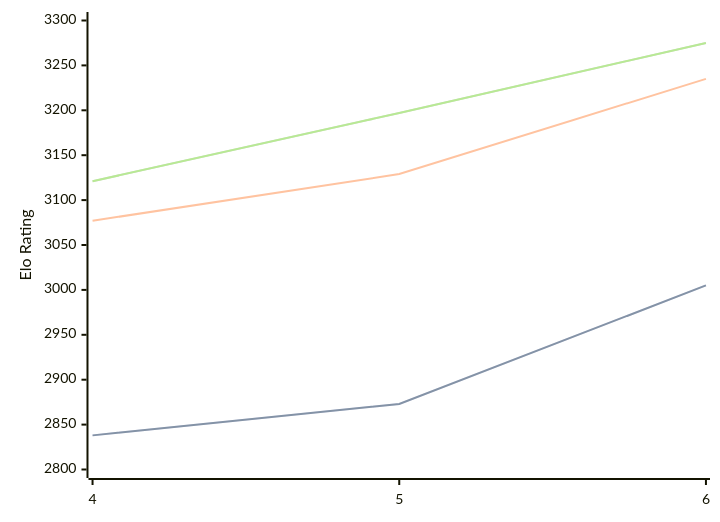
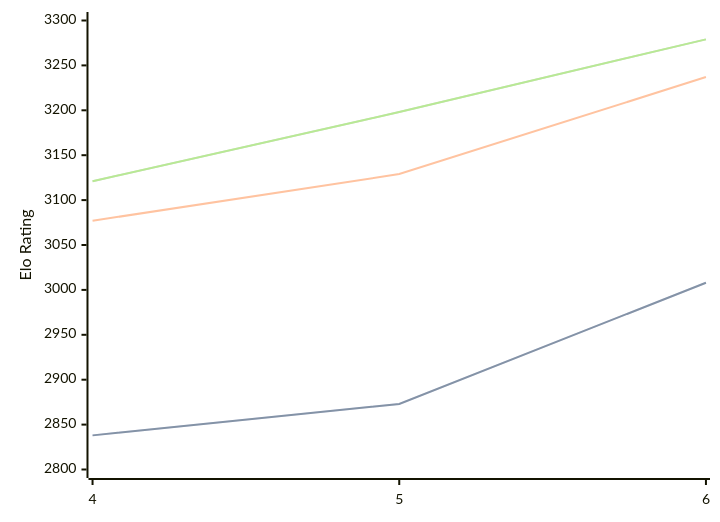
One commit to computer-chess-index/cci changed the diagram in engines/Cwtch.md. Above: the diagram before and after it, drawn with Mermaid. The commit also changed other lines of this file, not shown here.

Commit message:
Update CCI Ratings (ELO VLTC) - 2026-07-25

````diff
--- a/engines/Cwtch.md
+++ b/engines/Cwtch.md
@@ -36,11 +36,11 @@
 ```mermaid
 %%{init: {"theme":"base","themeVariables":{"seriesColors:['#a3a3a3','#222221','#faa371']}}}%%
 xychart-beta
   x-axis ["4", "5", "6"]
   y-axis "Elo Rating" 2800 --> 3300
-  line "STC (8.0+0.08s)" [2838, 2873, 3005]
-  line "STC (8.0+0.08s)" [2838, 2873, 3005]
-  line "LTC (60.0+0.60s)" [3077, 3129, 3235]
-  line "VLTC (2m24s+1.12s)" [3121, 3197, 3275]
-  line "VLTC (2m24s+1.12s)" [3121, 3197, 3275]
+  line "STC (8.0+0.08s)" [2838, 2873, 3008]
+  line "STC (8.0+0.08s)" [2838, 2873, 3008]
+  line "LTC (60.0+0.60s)" [3077, 3129, 3237]
+  line "VLTC (2m24s+1.12s)" [3121, 3198, 3279]
+  line "VLTC (2m24s+1.12s)" [3121, 3198, 3279]
 ```
````
